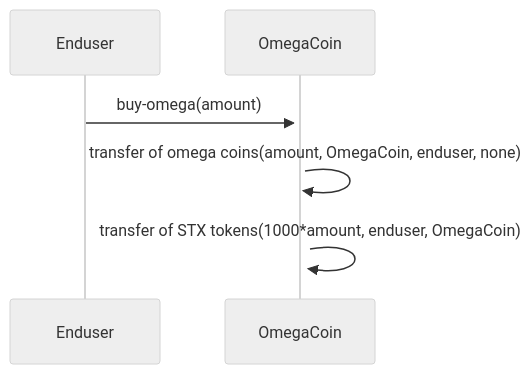
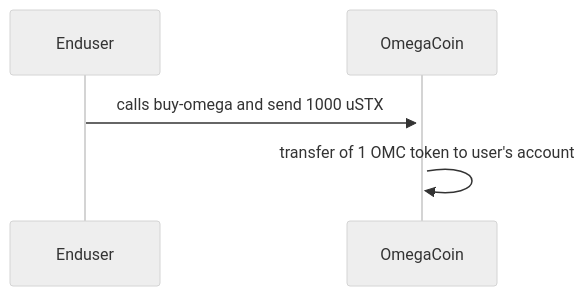
The diagram in 003-ft/clarinet-projects/arsalankhan/my-token-contract/diagrams/EndUserBuy.mmd (tintash/clarity-projects), drawn with Mermaid (neutral theme) before and after one commit. The commit also changed 1 other file, not shown here.

Commit message:
diagrams updated

```diff
--- a/003-ft/clarinet-projects/arsalankhan/my-token-contract/diagrams/EndUserBuy.mmd
+++ b/003-ft/clarinet-projects/arsalankhan/my-token-contract/diagrams/EndUserBuy.mmd
@@ -1,4 +1,3 @@
 sequenceDiagram
-  Enduser->>+OmegaCoin: buy-omega(amount)
-  OmegaCoin->>+OmegaCoin: transfer of omega coins(amount, OmegaCoin, enduser, none)
-  OmegaCoin->>+OmegaCoin: transfer of STX tokens(1000*amount, enduser, OmegaCoin)
+  Enduser->>+OmegaCoin: calls buy-omega and send 1000 uSTX
+  OmegaCoin->>+OmegaCoin: transfer of 1 OMC token to user's account
```
